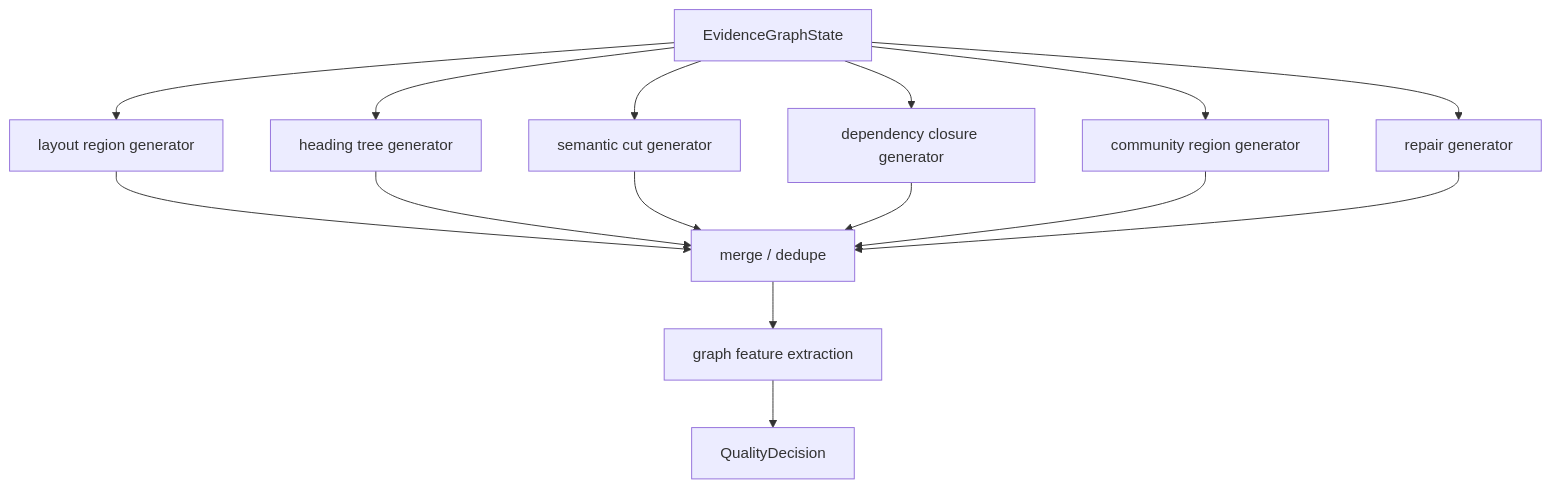
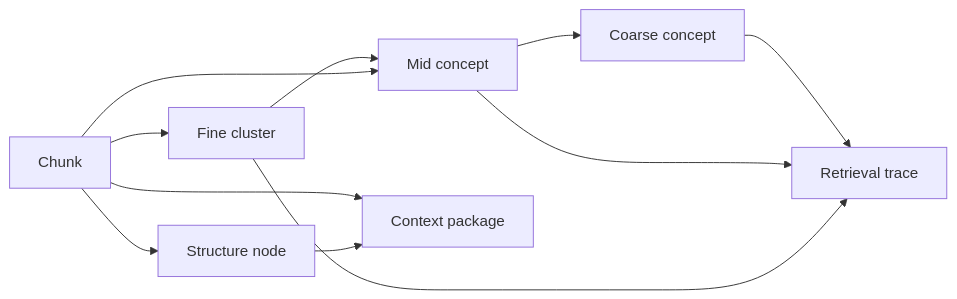
One commit to Sggggt/SymboGraph changed the second of 10 diagrams in docs/technical-spec.md. Above: the diagram before and after it, drawn with Mermaid. The commit also changed other lines of this file and 123 other files, not shown here.

````diff
--- a/docs/technical-spec.md
+++ b/docs/technical-spec.md
@@ -326,17 +107,13 @@
 ```mermaid
-flowchart TB
-    G["EvidenceGraphState"] --> L["layout region generator"]
-    G --> H["heading tree generator"]
-    G --> S["semantic cut generator"]
-    G --> D["dependency closure generator"]
-    G --> C["community region generator"]
-    G --> R["repair generator"]
-    L --> M["merge / dedupe"]
-    H --> M
-    S --> M
-    D --> M
+flowchart LR
+    C["Chunk"] --> S["Structure node"]
+    C --> F["Fine cluster"]
+    F --> M["Mid concept"]
     C --> M
-    R --> M
-    M --> F["graph feature extraction"]
-    F --> Q["QualityDecision"]
+    M --> K["Coarse concept"]
+    K --> RT["Retrieval trace"]
+    M --> RT
+    F --> RT
+    C --> CP["Context package"]
+    S --> CP
 ```
````
